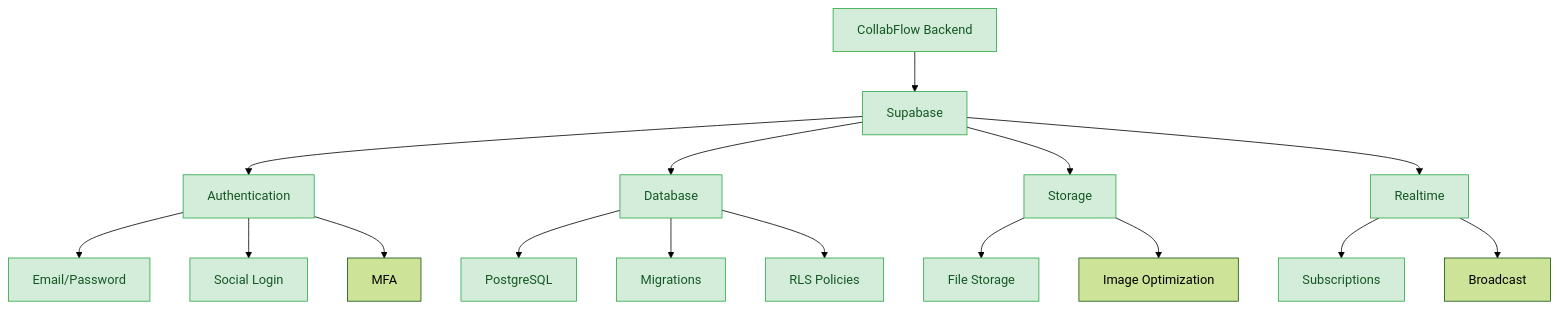
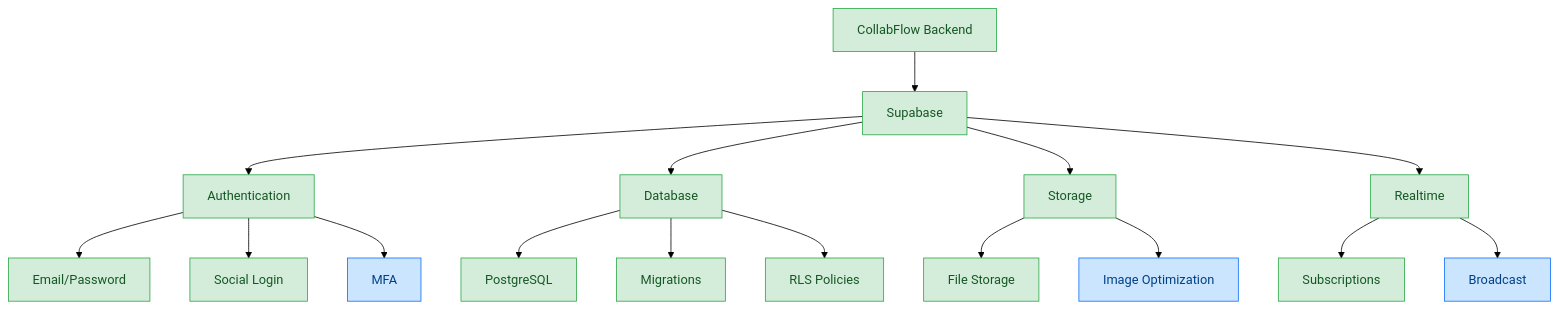
One commit to raybrown04/collabflow changed the first of 2 diagrams in docs/Backend.md. Above: the diagram before and after it, drawn with Mermaid (forest theme). The commit also changed other lines of this file and 70 other files, not shown here.

````diff
--- a/docs/Backend.md
+++ b/docs/Backend.md
@@ -18,28 +19,30 @@
 ```mermaid
 graph TD
     A[CollabFlow Backend] --> B[Supabase]
     B --> C[Authentication]
     B --> D[Database]
     B --> E[Storage]
     B --> F[Realtime]
     
     C --> C1[Email/Password]
     C --> C2[Social Login]
     C --> C3[MFA]
     
     D --> D1[PostgreSQL]
     D --> D2[Migrations]
     D --> D3[RLS Policies]
     
     E --> E1[File Storage]
     E --> E2[Image Optimization]
     
     F --> F1[Subscriptions]
     F --> F2[Broadcast]
     
     %% Style Definitions
     classDef completed fill:#d4edda,stroke:#28a745,color:#155724
+    classDef inprogress fill:#cce5ff,stroke:#0d6efd,color:#004085
     
     %% Apply Styles
     class A,B,C,D,E,F,C1,C2,D1,D2,D3,E1,F1 completed
+    class C3,E2,F2 inprogress
 ```
````
